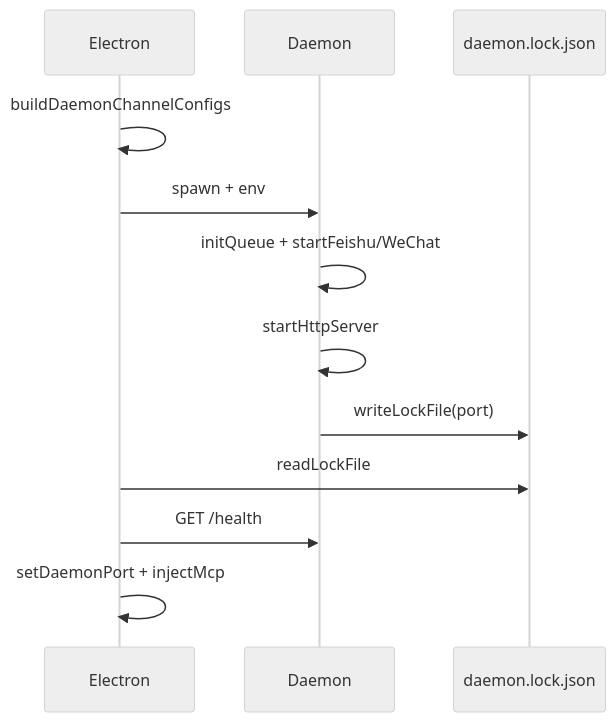
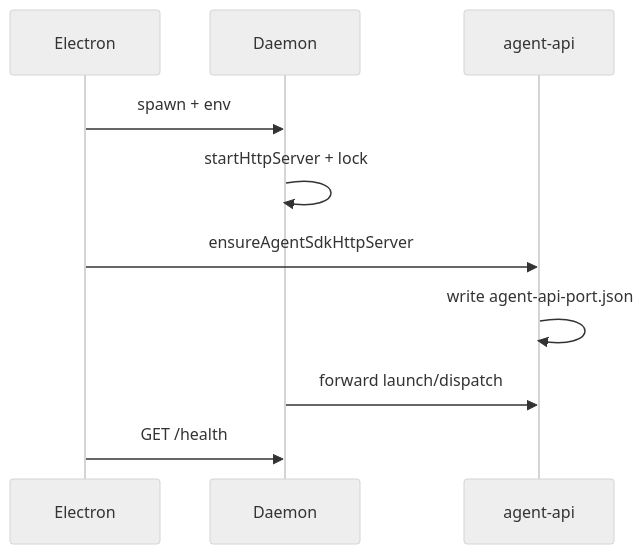
Before and after one commit to lk-eternal/cursor-claw: the diagram in knowledge/工程平台/Daemon守护进程/03-进程模型与部署.md, drawn with Mermaid (neutral theme). The commit also changed other lines of this file and 33 other files, not shown here.

````diff
--- a/knowledge/工程平台/Daemon守护进程/03-进程模型与部署.md
+++ b/knowledge/工程平台/Daemon守护进程/03-进程模型与部署.md
@@ -22,14 +22,12 @@
 ```mermaid
 sequenceDiagram
   participant E as Electron
   participant D as Daemon
-  participant L as daemon.lock.json
-  E->>E: buildDaemonChannelConfigs
+  participant A as agent-api
   E->>D: spawn + env
-  D->>D: initQueue + startFeishu/WeChat
-  D->>D: startHttpServer
-  D->>L: writeLockFile(port)
-  E->>L: readLockFile
+  D->>D: startHttpServer + lock
+  E->>A: ensureAgentSdkHttpServer
+  A->>A: write agent-api-port.json
+  D->>A: forward launch/dispatch
   E->>D: GET /health
-  E->>E: setDaemonPort + injectMcp
 ```
````
